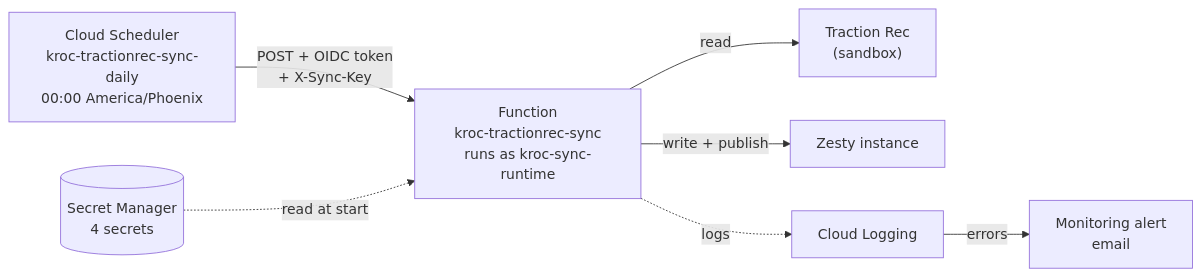
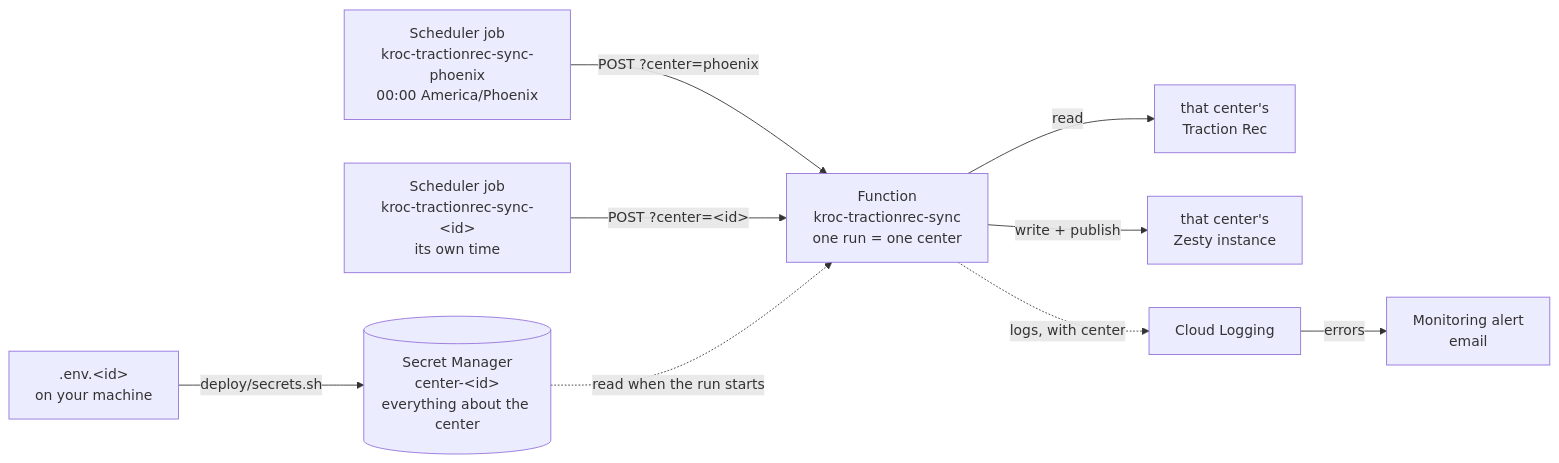
Before and after one commit to TSAUSN/Tractionrec-Sync-Services: the diagram in deploy/README.md, drawn with Mermaid. The commit also changed other lines of this file and 16 other files, not shown here.

First line of the commit message:
Multi-center: one function, one job and one center-<id> secret per Kroc center

````diff
--- a/deploy/README.md
+++ b/deploy/README.md
@@ -11,8 +13,11 @@
 ```mermaid
 flowchart LR
-  S["Cloud Scheduler<br/>kroc-tractionrec-sync-daily<br/>00:00 America/Phoenix"] -- "POST + OIDC token<br/>+ X-Sync-Key" --> F["Function<br/>kroc-tractionrec-sync<br/>runs as kroc-sync-runtime"]
-  SM[("Secret Manager<br/>4 secrets")] -. "read at start" .-> F
-  F -- "read" --> TR["Traction Rec<br/>(sandbox)"]
-  F -- "write + publish" --> Z["Zesty instance"]
-  F -. "logs" .-> L["Cloud Logging"] -- "errors" --> M["Monitoring alert<br/>email"]
+  S1["Scheduler job<br/>kroc-tractionrec-sync-phoenix<br/>00:00 America/Phoenix"] -- "POST ?center=phoenix" --> F
+  S2["Scheduler job<br/>kroc-tractionrec-sync-&lt;id&gt;<br/>its own time"] -- "POST ?center=&lt;id&gt;" --> F
+  F["Function<br/>kroc-tractionrec-sync<br/>one run = one center"]
+  E[".env.&lt;id&gt;<br/>on your machine"] -- "deploy/secrets.sh" --> SM
+  SM[("Secret Manager<br/>center-&lt;id&gt;<br/>everything about the center")] -. "read when the run starts" .-> F
+  F -- "read" --> TR["that center's<br/>Traction Rec"]
+  F -- "write + publish" --> Z["that center's<br/>Zesty instance"]
+  F -. "logs, with center" .-> L["Cloud Logging"] -- "errors" --> M["Monitoring alert<br/>email"]
 ```
````
